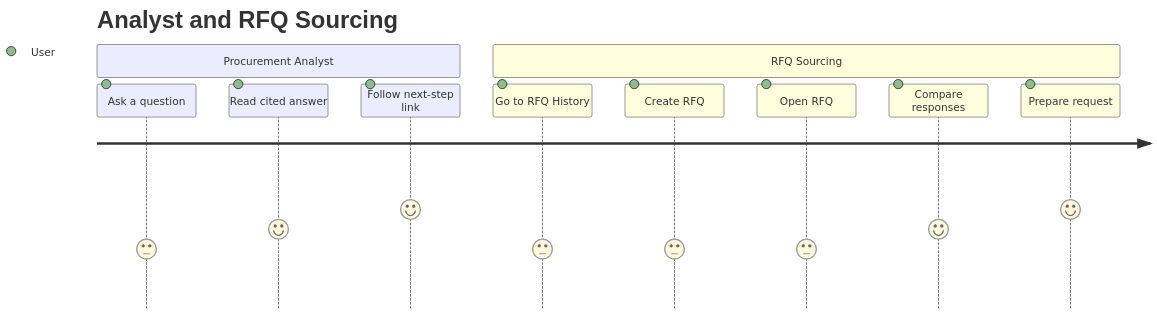
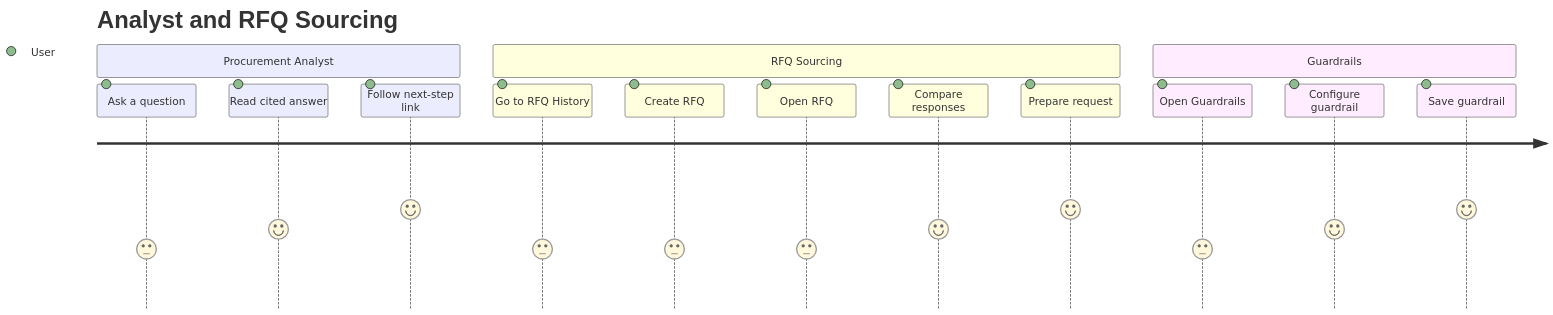
Diagram 18 of 18 in docs/user/user-flows.md (YasserHosny/ProcurePilot), drawn with Mermaid before and after one commit. The commit also changed other lines of this file and 3 other files, not shown here.

````diff
--- a/docs/user/user-flows.md
+++ b/docs/user/user-flows.md
@@ -317,14 +406,18 @@
 ```mermaid
 journey
     title Analyst and RFQ Sourcing
     section Procurement Analyst
         Ask a question: 3: User
         Read cited answer: 4: User
         Follow next-step link: 5: User
     section RFQ Sourcing
         Go to RFQ History: 3: User
         Create RFQ: 3: User
         Open RFQ: 3: User
         Compare responses: 4: User
         Prepare request: 5: User
+    section Guardrails
+        Open Guardrails: 3: User
+        Configure guardrail: 4: User
+        Save guardrail: 5: User
 ```
````
